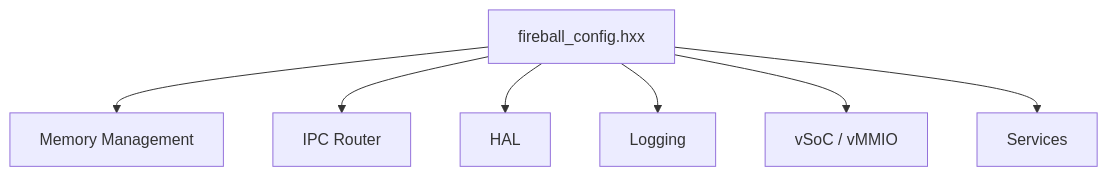
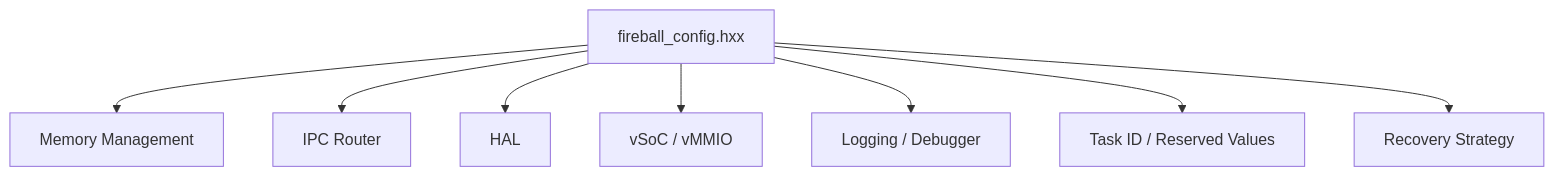
One commit to kmt-t/fireball changed the diagram in docs/components/tier1_core/system_config.md. Above: the diagram before and after it, drawn with Mermaid. The commit also changed 18 other files, not shown here.

Commit message:
docs: harmonize component diagrams, state transitions, and symlinks across specifications

````diff
--- a/docs/components/tier1_core/system_config.md
+++ b/docs/components/tier1_core/system_config.md
@@ -22,9 +22,10 @@
 ```mermaid
 graph TD
     Config[fireball_config.hxx] --> Memory[Memory Management]
     Config --> IPCR[IPC Router]
     Config --> HAL[HAL]
-    Config --> Log[Logging]
     Config --> vSoC[vSoC / vMMIO]
-    Config --> Svc[Services]
+    Config --> Log[Logging / Debugger]
+    Config --> Task[Task ID / Reserved Values]
+    Config --> Recovery[Recovery Strategy]
 ```
````
